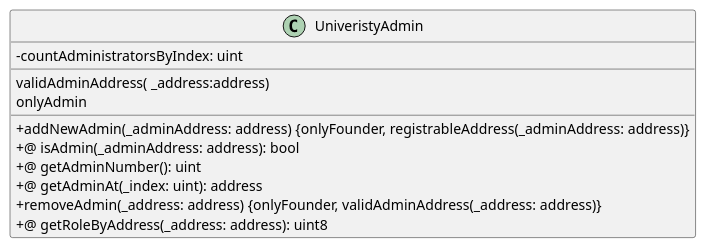
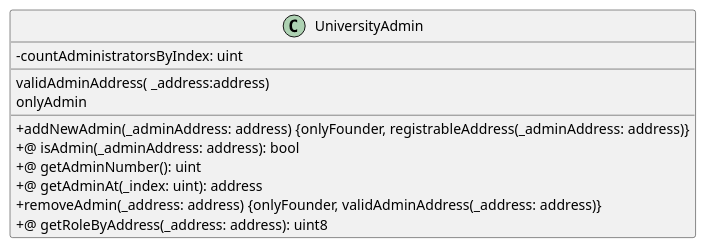
One commit to M9k/Marvin-Uml changed the diagram in Solidity/Contracts/UniversityAdmin.iuml. Above: the diagram before and after it, drawn with PlantUML.

Commit message:
errore ortografico

```diff
--- a/Solidity/Contracts/UniversityAdmin.iuml
+++ b/Solidity/Contracts/UniversityAdmin.iuml
@@ -1,16 +1,16 @@
 @startuml
 skinparam classAttributeIconSize 0
-class UniveristyAdmin {
+class UniversityAdmin {
 - countAdministratorsByIndex: uint
 __
 validAdminAddress( _address:address)
 onlyAdmin
 __
 + addNewAdmin(_adminAddress: address) {onlyFounder, registrableAddress(_adminAddress: address)}
 +@ isAdmin(_adminAddress: address): bool
 +@ getAdminNumber(): uint
 +@ getAdminAt(_index: uint): address
 + removeAdmin(_address: address) {onlyFounder, validAdminAddress(_address: address)}
 +@ getRoleByAddress(_address: address): uint8
 }
 @enduml
```
